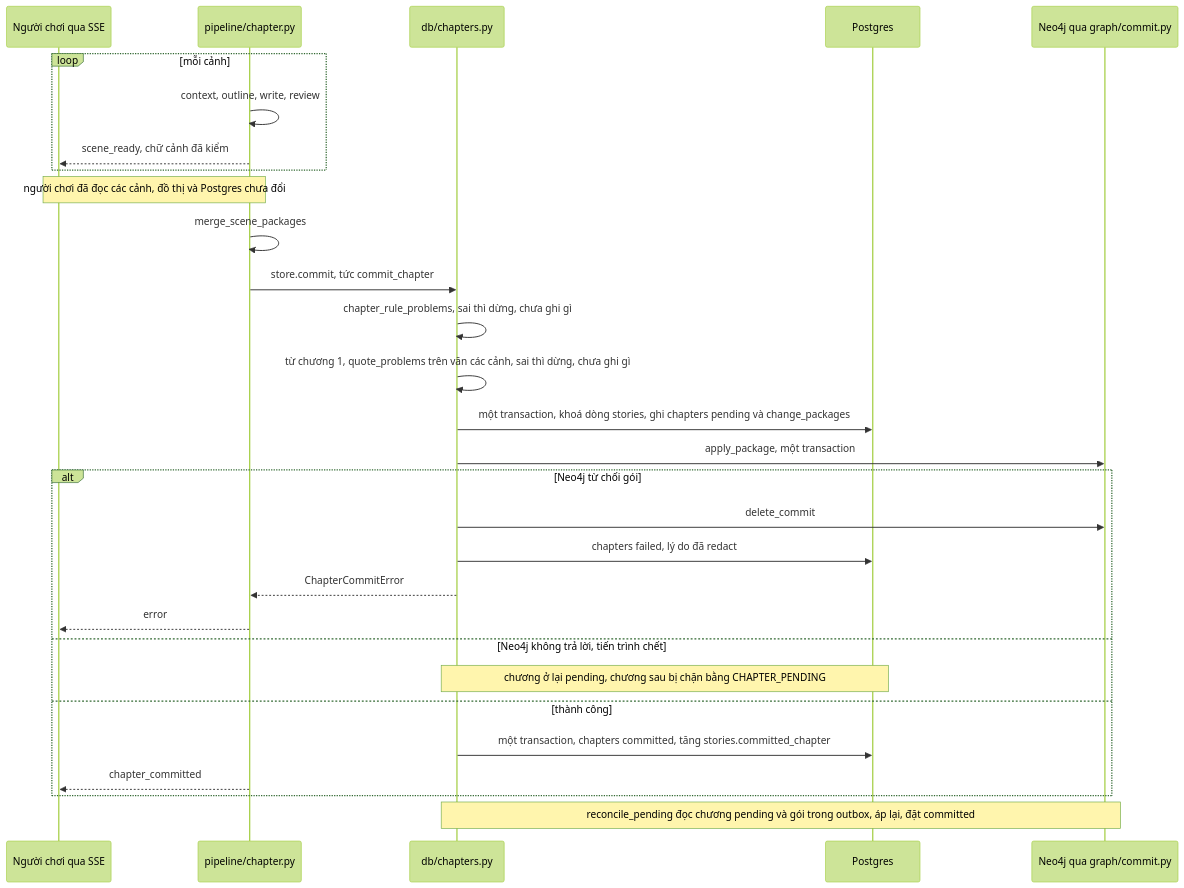
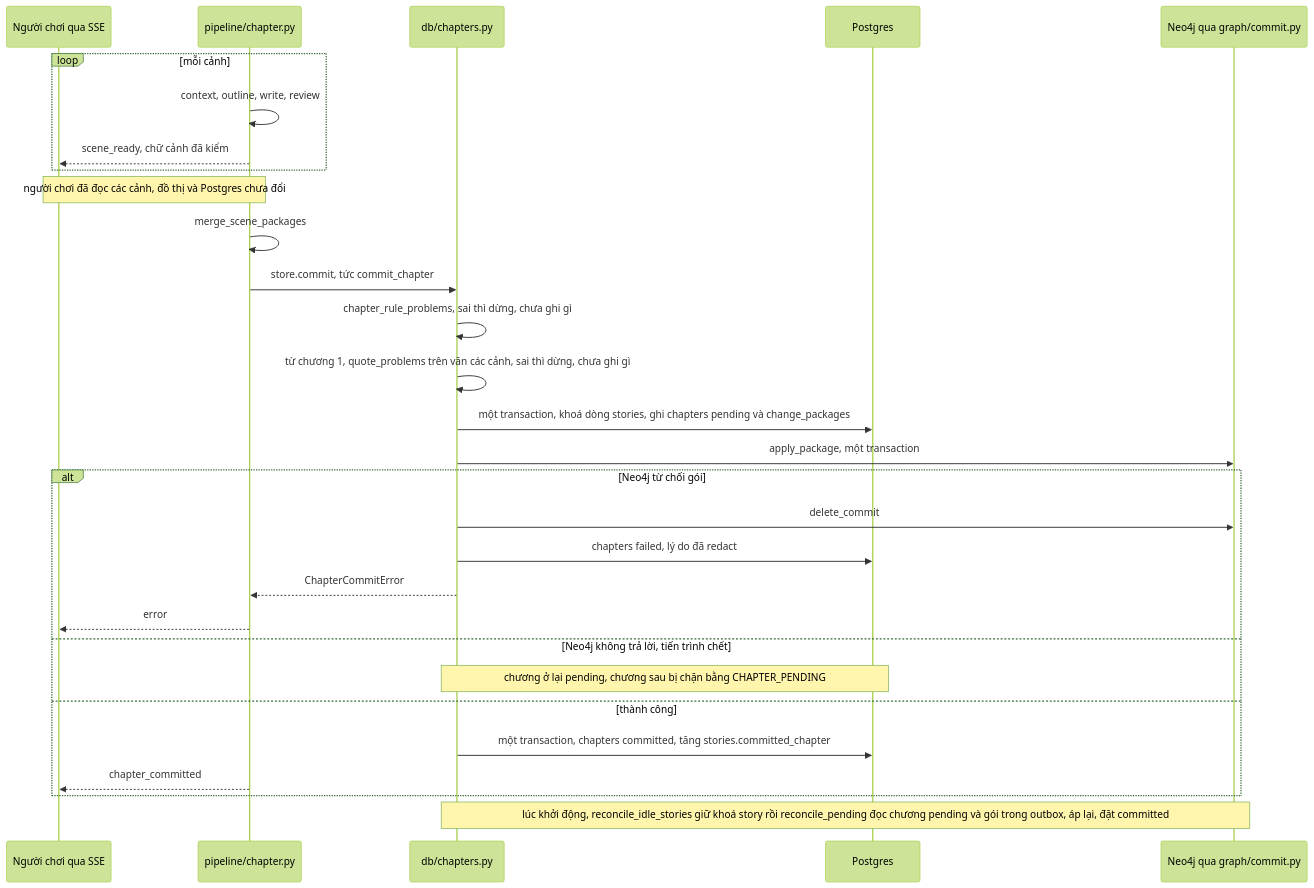
The sixth of 11 diagrams in docs/architecture.md (orms147/writory), drawn with Mermaid (forest theme) before and after one commit. The commit also changed other lines of this file and 9 other files, not shown here.

First line of the commit message:
fix(startup): áp lại chương kẹt pending lúc app prod khởi động, giữ khoá story (D-105)

````diff
--- a/docs/architecture.md
+++ b/docs/architecture.md
@@ -202,31 +202,31 @@
 ```mermaid
 sequenceDiagram
   participant U as Người chơi qua SSE
   participant P as pipeline/chapter.py
   participant D as db/chapters.py
   participant PG as Postgres
   participant N as Neo4j qua graph/commit.py
   loop mỗi cảnh
     P->>P: context, outline, write, review
     P-->>U: scene_ready, chữ cảnh đã kiểm
   end
   Note over U,P: người chơi đã đọc các cảnh, đồ thị và Postgres chưa đổi
   P->>P: merge_scene_packages
   P->>D: store.commit, tức commit_chapter
   D->>D: chapter_rule_problems, sai thì dừng, chưa ghi gì
   D->>D: từ chương 1, quote_problems trên văn các cảnh, sai thì dừng, chưa ghi gì
   D->>PG: một transaction, khoá dòng stories, ghi chapters pending và change_packages
   D->>N: apply_package, một transaction
   alt Neo4j từ chối gói
     D->>N: delete_commit
     D->>PG: chapters failed, lý do đã redact
     D-->>P: ChapterCommitError
     P-->>U: error
   else Neo4j không trả lời, tiến trình chết
     Note over D,PG: chương ở lại pending, chương sau bị chặn bằng CHAPTER_PENDING
   else thành công
     D->>PG: một transaction, chapters committed, tăng stories.committed_chapter
     P-->>U: chapter_committed
   end
-  Note over D,N: reconcile_pending đọc chương pending và gói trong outbox, áp lại, đặt committed
+  Note over D,N: lúc khởi động, reconcile_idle_stories giữ khoá story rồi reconcile_pending đọc chương pending và gói trong outbox, áp lại, đặt committed
 ```
````
